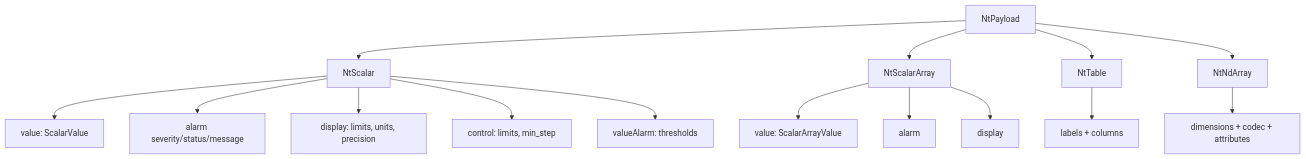
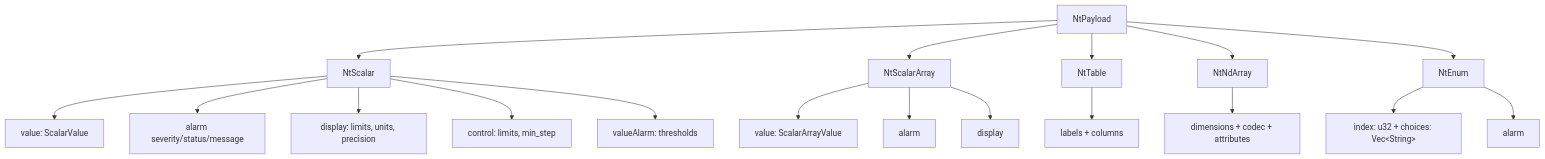
One commit to ISISNeutronMuon/sPVirit changed the second of 3 diagrams in README.md. Above: the diagram before and after it, drawn with Mermaid. The commit also changed other lines of this file and 21 other files, not shown here.

````diff
--- a/README.md
+++ b/README.md
@@ -88,21 +97,24 @@
 ```mermaid
 flowchart TD
     NTP["NtPayload"]
     NTP --> NTS["NtScalar"]
     NTP --> NTSA["NtScalarArray"]
     NTP --> NTT["NtTable"]
     NTP --> NTNA["NtNdArray"]
+    NTP --> NTE["NtEnum"]
 
     NTS --> V1["value: ScalarValue"]
     NTS --> A1["alarm severity/status/message"]
     NTS --> D1["display: limits, units, precision"]
     NTS --> C1["control: limits, min_step"]
     NTS --> VA1["valueAlarm: thresholds"]
 
     NTSA --> V2["value: ScalarArrayValue"]
     NTSA --> A2["alarm"]
     NTSA --> D2["display"]
 
     NTT --> L["labels + columns"]
     NTNA --> DIM["dimensions + codec + attributes"]
+    NTE --> V3["index: u32 + choices: Vec&lt;String&gt;"]
+    NTE --> A3["alarm"]
 ```
````
